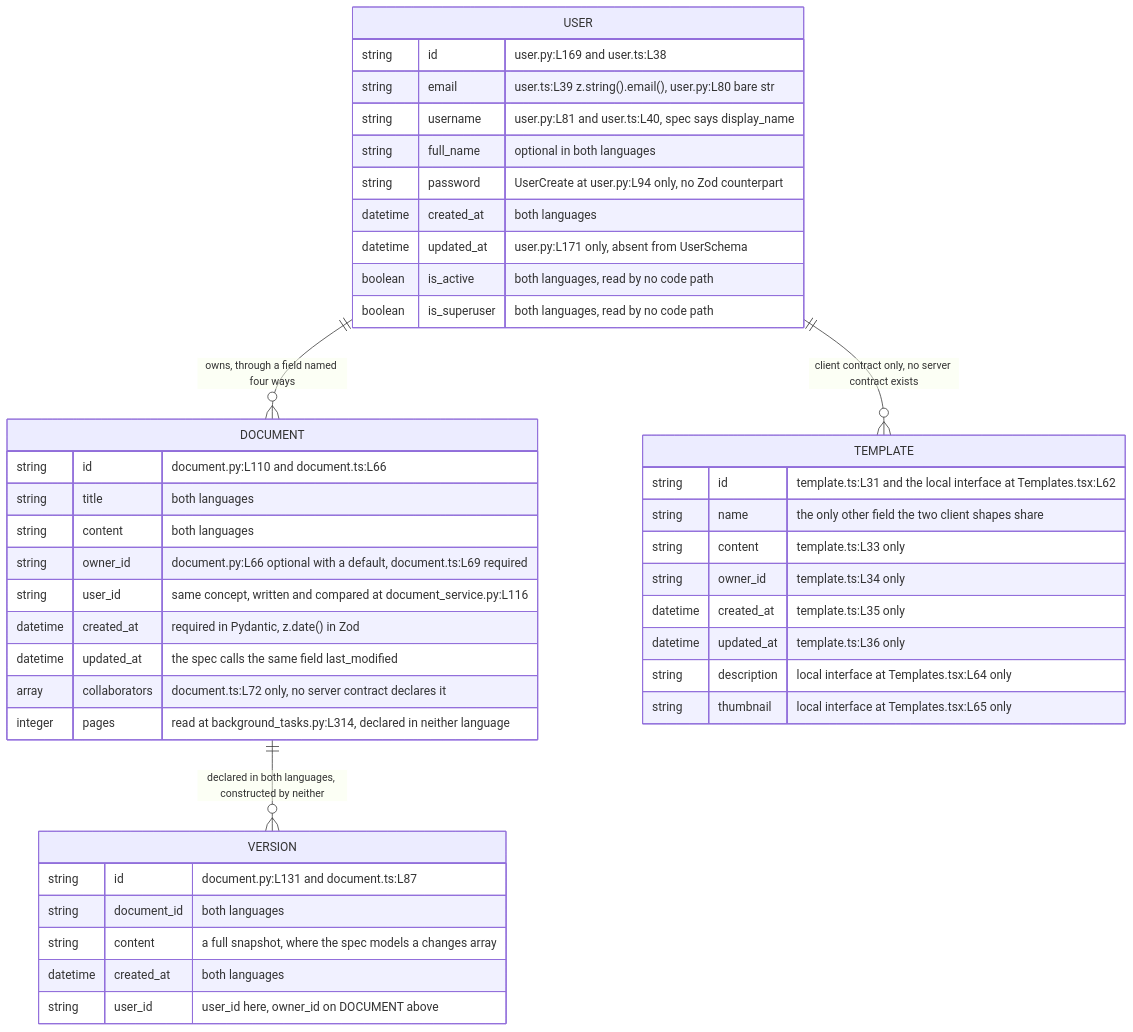
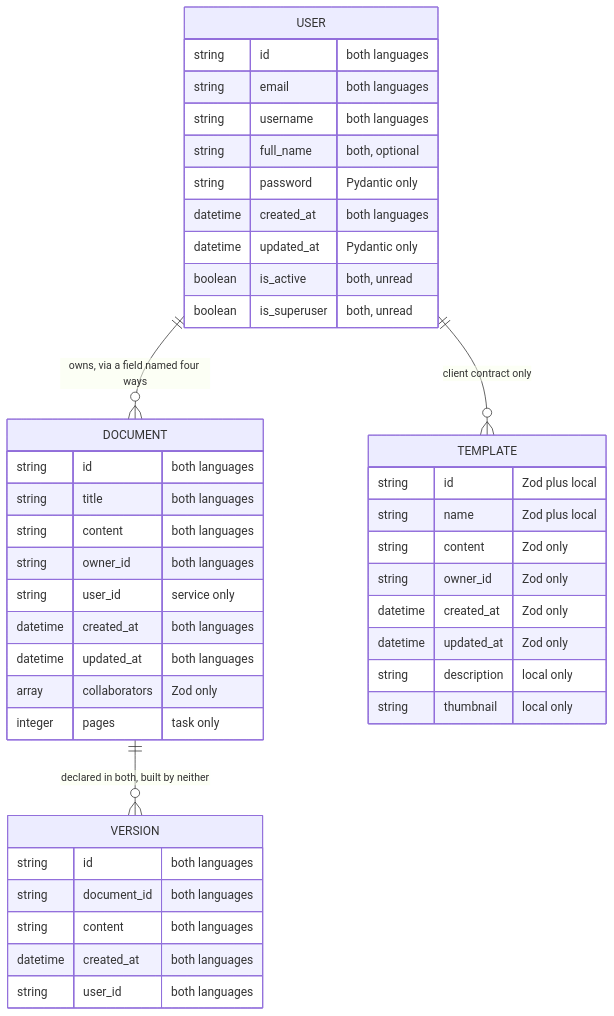
The first of 2 diagrams in docs/data-model.md (blitzy-public-samples/microsoft-word-u33ko0), drawn with Mermaid before and after one commit. The commit also changed other lines of this file and 20 other files, not shown here.

First line of the commit message:
﻿docs: resolve QA findings on Mermaid legibility, label integrity and accessibility

````diff
--- a/docs/data-model.md
+++ b/docs/data-model.md
@@ -153,52 +170,56 @@
 ```mermaid
 erDiagram
-    USER ||--o{ DOCUMENT : "owns, through a field named four ways"
-    DOCUMENT ||--o{ VERSION : "declared in both languages, constructed by neither"
-    USER ||--o{ TEMPLATE : "client contract only, no server contract exists"
+    accTitle: The four entity families, their links, and the language that declares each field
+    accDescr: Four families. User owns documents through a field named four ways. Documents own versions declared in both languages and constructed by neither. Users own templates that carry a client contract only. Each attribute comment names the language and the line that declares the field.
+    USER ||--o{ DOCUMENT : "owns, via a field named four ways"
+    DOCUMENT ||--o{ VERSION : "declared in both, built by neither"
+    USER ||--o{ TEMPLATE : "client contract only"
 
     USER {
-        string id "user.py:L169 and user.ts:L38"
-        string email "user.ts:L39 z.string().email(), user.py:L80 bare str"
-        string username "user.py:L81 and user.ts:L40, spec says display_name"
-        string full_name "optional in both languages"
-        string password "UserCreate at user.py:L94 only, no Zod counterpart"
+        string id "both languages"
+        string email "both languages"
+        string username "both languages"
+        string full_name "both, optional"
+        string password "Pydantic only"
         datetime created_at "both languages"
-        datetime updated_at "user.py:L171 only, absent from UserSchema"
-        boolean is_active "both languages, read by no code path"
-        boolean is_superuser "both languages, read by no code path"
+        datetime updated_at "Pydantic only"
+        boolean is_active "both, unread"
+        boolean is_superuser "both, unread"
     }
 
     DOCUMENT {
-        string id "document.py:L110 and document.ts:L66"
+        string id "both languages"
         string title "both languages"
         string content "both languages"
-        string owner_id "document.py:L66 optional with a default, document.ts:L69 required"
-        string user_id "same concept, written and compared at document_service.py:L116"
-        datetime created_at "required in Pydantic, z.date() in Zod"
-        datetime updated_at "the spec calls the same field last_modified"
-        array collaborators "document.ts:L72 only, no server contract declares it"
-        integer pages "read at background_tasks.py:L314, declared in neither language"
+        string owner_id "both languages"
+        string user_id "service only"
+        datetime created_at "both languages"
+        datetime updated_at "both languages"
+        array collaborators "Zod only"
+        integer pages "task only"
     }
 
     VERSION {
-        string id "document.py:L131 and document.ts:L87"
+        string id "both languages"
         string document_id "both languages"
-        string content "a full snapshot, where the spec models a changes array"
+        string content "both languages"
         datetime created_at "both languages"
-        string user_id "user_id here, owner_id on DOCUMENT above"
+        string user_id "both languages"
     }
 
     TEMPLATE {
-        string id "template.ts:L31 and the local interface at Templates.tsx:L62"
-        string name "the only other field the two client shapes share"
-        string content "template.ts:L33 only"
-        string owner_id "template.ts:L34 only"
-        datetime created_at "template.ts:L35 only"
-        datetime updated_at "template.ts:L36 only"
-        string description "local interface at Templates.tsx:L64 only"
-        string thumbnail "local interface at Templates.tsx:L65 only"
+        string id "Zod plus local"
+        string name "Zod plus local"
+        string content "Zod only"
+        string owner_id "Zod only"
+        datetime created_at "Zod only"
+        datetime updated_at "Zod only"
+        string description "local only"
+        string thumbnail "local only"
     }
 
 %% Both names appear wherever the two languages disagree, because no name is canonical.
 %% A comment naming a single file and line means only that position declares the field.
+%% The Pydantic contracts, Zod contracts and contract drift sections below carry the full
+%% per-field detail that an attribute comment has no room for.
 ```
````
